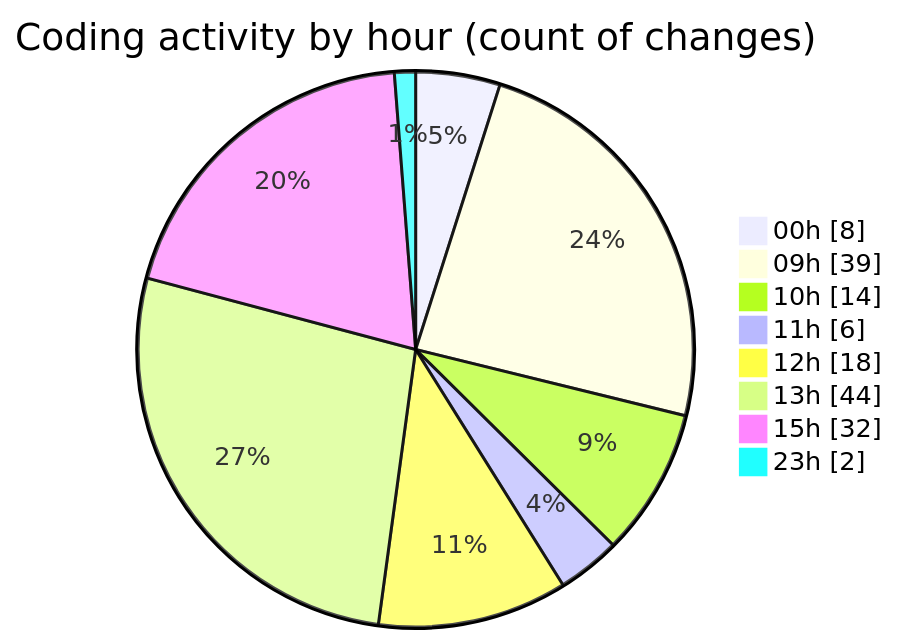
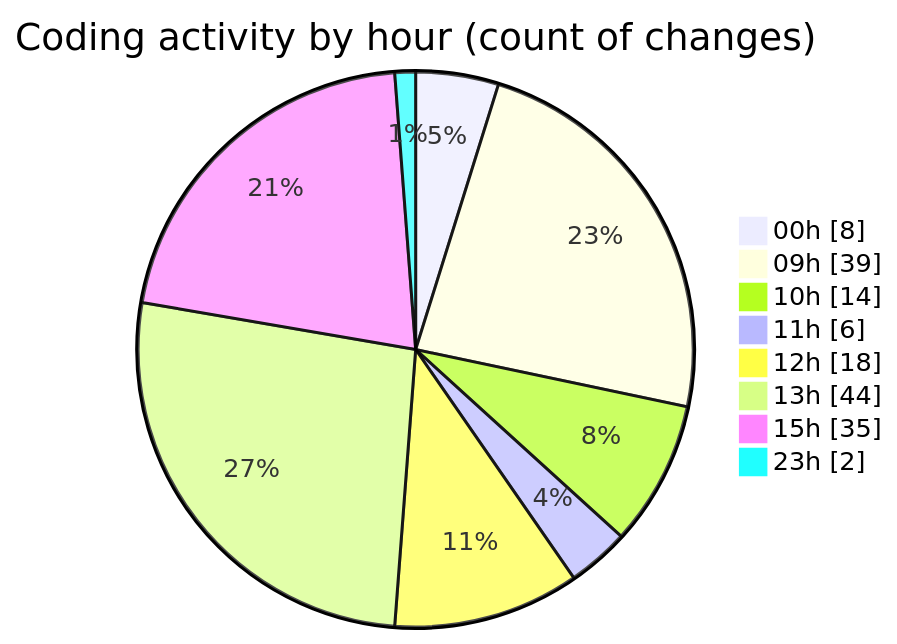
One commit to momahboobian/code-tracking changed the second of 2 diagrams in 2025-12-18/cda/README.md. Above: the diagram before and after it, drawn with Mermaid. The commit also changed other lines of this file and 1 other file, not shown here.

````diff
--- a/2025-12-18/cda/README.md
+++ b/2025-12-18/cda/README.md
@@ -85,12 +86,12 @@
 ```mermaid
 pie showData
 title Coding activity by hour (count of changes)
 "00h" : 8
 "09h" : 39
 "10h" : 14
 "11h" : 6
 "12h" : 18
 "13h" : 44
-"15h" : 32
+"15h" : 35
 "23h" : 2
 ```
````
